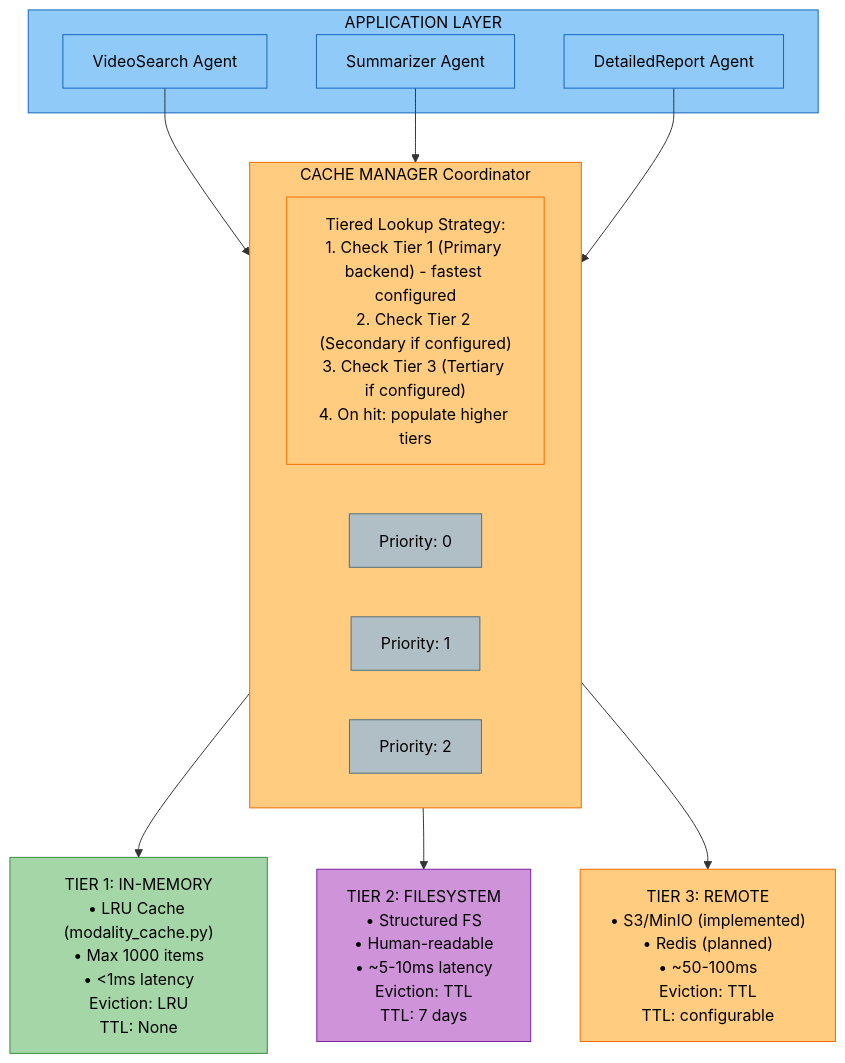
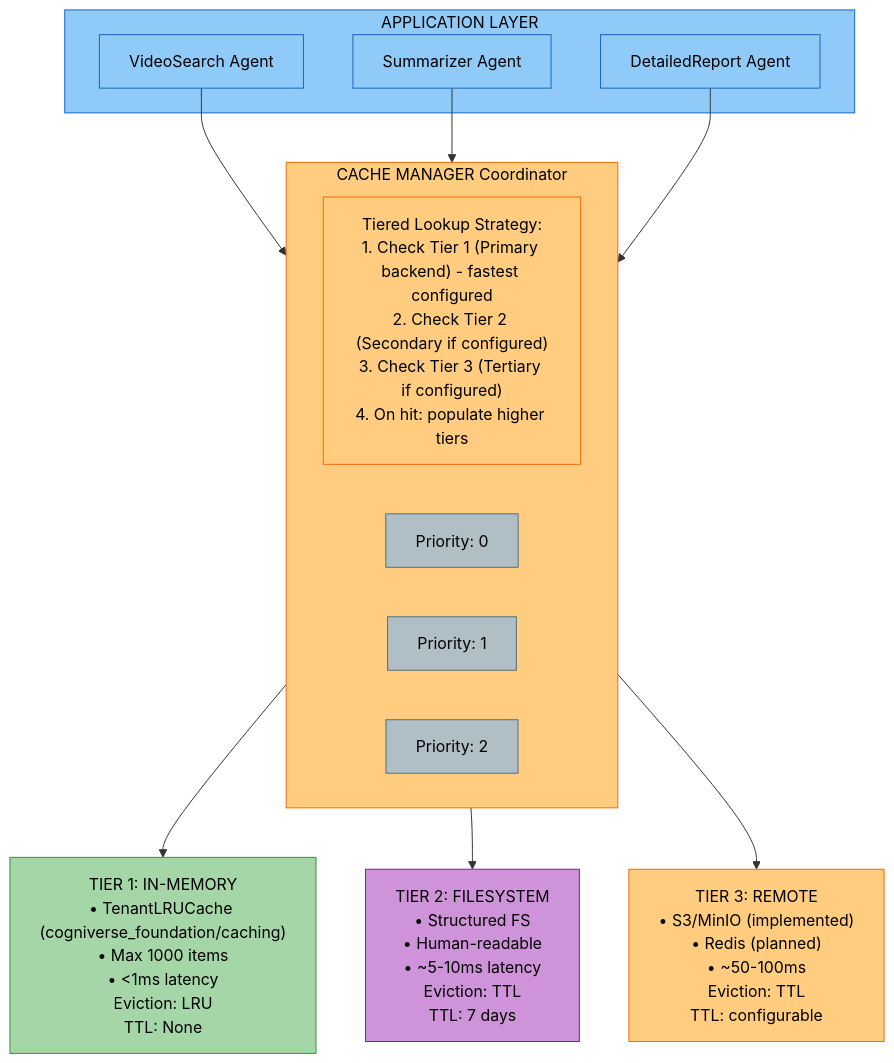
One commit to amit-jain/cogniverse changed the first of 6 diagrams in docs/modules/cache.md. Above: the diagram before and after it, drawn with Mermaid. The commit also changed other lines of this file and 50 other files, not shown here.

````diff
--- a/docs/modules/cache.md
+++ b/docs/modules/cache.md
@@ -101,39 +101,39 @@
 ```mermaid
 flowchart TB
     subgraph APP["<span style='color:#000'>APPLICATION LAYER</span>"]
         VSA["<span style='color:#000'>VideoSearch Agent</span>"]
         SA["<span style='color:#000'>Summarizer Agent</span>"]
         DRA["<span style='color:#000'>DetailedReport Agent</span>"]
     end
 
     subgraph CM["<span style='color:#000'>CACHE MANAGER Coordinator</span>"]
         STRAT["<span style='color:#000'>Tiered Lookup Strategy:<br/>1. Check Tier 1 (Primary backend) - fastest configured<br/>2. Check Tier 2 (Secondary if configured)<br/>3. Check Tier 3 (Tertiary if configured)<br/>4. On hit: populate higher tiers</span>"]
         P0["<span style='color:#000'>Priority: 0</span>"]
         P1["<span style='color:#000'>Priority: 1</span>"]
         P2["<span style='color:#000'>Priority: 2</span>"]
     end
 
-    T1["<span style='color:#000'>TIER 1: IN-MEMORY<br/>• LRU Cache (modality_cache.py)<br/>• Max 1000 items<br/>• <1ms latency<br/>Eviction: LRU<br/>TTL: None</span>"]
+    T1["<span style='color:#000'>TIER 1: IN-MEMORY<br/>• TenantLRUCache (cogniverse_foundation/caching)<br/>• Max 1000 items<br/>• <1ms latency<br/>Eviction: LRU<br/>TTL: None</span>"]
     T2["<span style='color:#000'>TIER 2: FILESYSTEM<br/>• Structured FS<br/>• Human-readable<br/>• ~5-10ms latency<br/>Eviction: TTL<br/>TTL: 7 days</span>"]
     T3["<span style='color:#000'>TIER 3: REMOTE<br/>• S3/MinIO (implemented)<br/>• Redis (planned)<br/>• ~50-100ms<br/>Eviction: TTL<br/>TTL: configurable</span>"]
 
     VSA --> CM
     SA --> CM
     DRA --> CM
     CM --> T1
     CM --> T2
     CM --> T3
 
     style APP fill:#90caf9,stroke:#1565c0,color:#000
     style CM fill:#ffcc80,stroke:#ef6c00,color:#000
     style T1 fill:#a5d6a7,stroke:#388e3c,color:#000
     style T2 fill:#ce93d8,stroke:#7b1fa2,color:#000
     style T3 fill:#ffcc80,stroke:#ef6c00,color:#000
     style VSA fill:#90caf9,stroke:#1565c0,color:#000
     style SA fill:#90caf9,stroke:#1565c0,color:#000
     style DRA fill:#90caf9,stroke:#1565c0,color:#000
     style STRAT fill:#ffcc80,stroke:#ef6c00,color:#000
     style P0 fill:#b0bec5,stroke:#546e7a,color:#000
     style P1 fill:#b0bec5,stroke:#546e7a,color:#000
     style P2 fill:#b0bec5,stroke:#546e7a,color:#000
 ```
````
